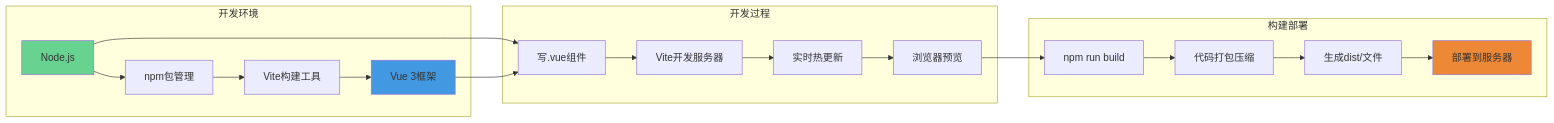
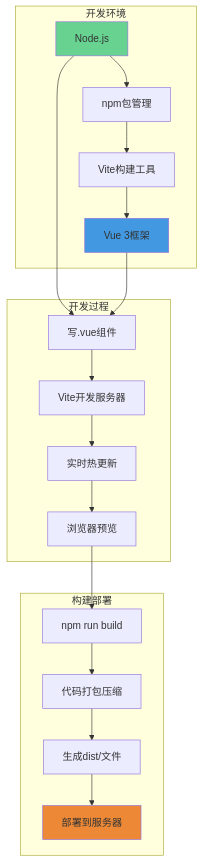
One commit to codekissyoung/markdown changed the second of 2 diagrams in 前端/js/01-nodejs-tutorial.md. Above: the diagram before and after it, drawn with Mermaid. The commit also changed other lines of this file and 2 other files, not shown here.

````diff
--- a/前端/js/01-nodejs-tutorial.md
+++ b/前端/js/01-nodejs-tutorial.md
@@ -230,28 +118,28 @@
 ```mermaid
-graph LR
+graph TD
     subgraph "开发环境"
         A[Node.js] --> B[npm包管理]
         B --> C[Vite构建工具]
         C --> D[Vue 3框架]
     end
     
     subgraph "开发过程"
         E[写.vue组件] --> F[Vite开发服务器]
         F --> G[实时热更新]
         G --> H[浏览器预览]
     end
     
     subgraph "构建部署"
         I[npm run build] --> J[代码打包压缩]
         J --> K[生成dist/文件]
         K --> L[部署到服务器]
     end
     
     A --> E
     D --> E
     H --> I
     
     style A fill:#68d391
     style D fill:#4299e1
     style L fill:#ed8936
 ```
````
